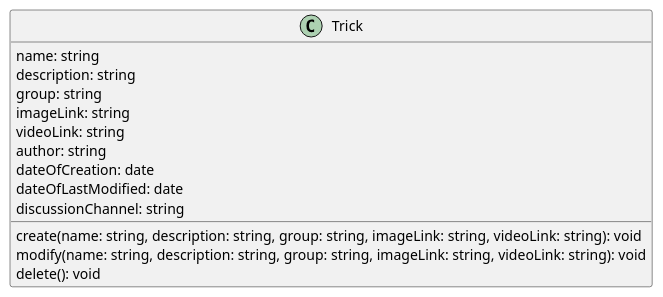
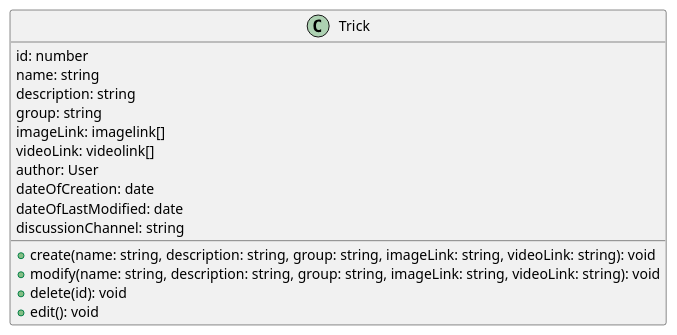
Before and after one commit to AlexisT37/Snowtricks: the diagram in UML/Class diagram/trick.puml, drawn with PlantUML. The commit also changed 3 other files, not shown here.

```diff
--- a/UML/Class diagram/trick.puml
+++ b/UML/Class diagram/trick.puml
@@ -1,19 +1,21 @@
 @startuml trick
 
 class Trick {
+  id: number
   name: string
   description: string
   group: string
-  imageLink: string
-  videoLink: string
-  author: string
+  imageLink: imagelink[]
+  videoLink: videolink[]
+  author: User
   dateOfCreation: date
   dateOfLastModified: date
   discussionChannel: string
-  create(name: string, description: string, group: string, imageLink: string, videoLink: string): void
-  modify(name: string, description: string, group: string, imageLink: string, videoLink: string): void
-  delete(): void
+  +create(name: string, description: string, group: string, imageLink: string, videoLink: string): void
+  +modify(name: string, description: string, group: string, imageLink: string, videoLink: string): void
+  +delete(id): void
+  +edit(): void
 
 }
 
 @enduml
```
